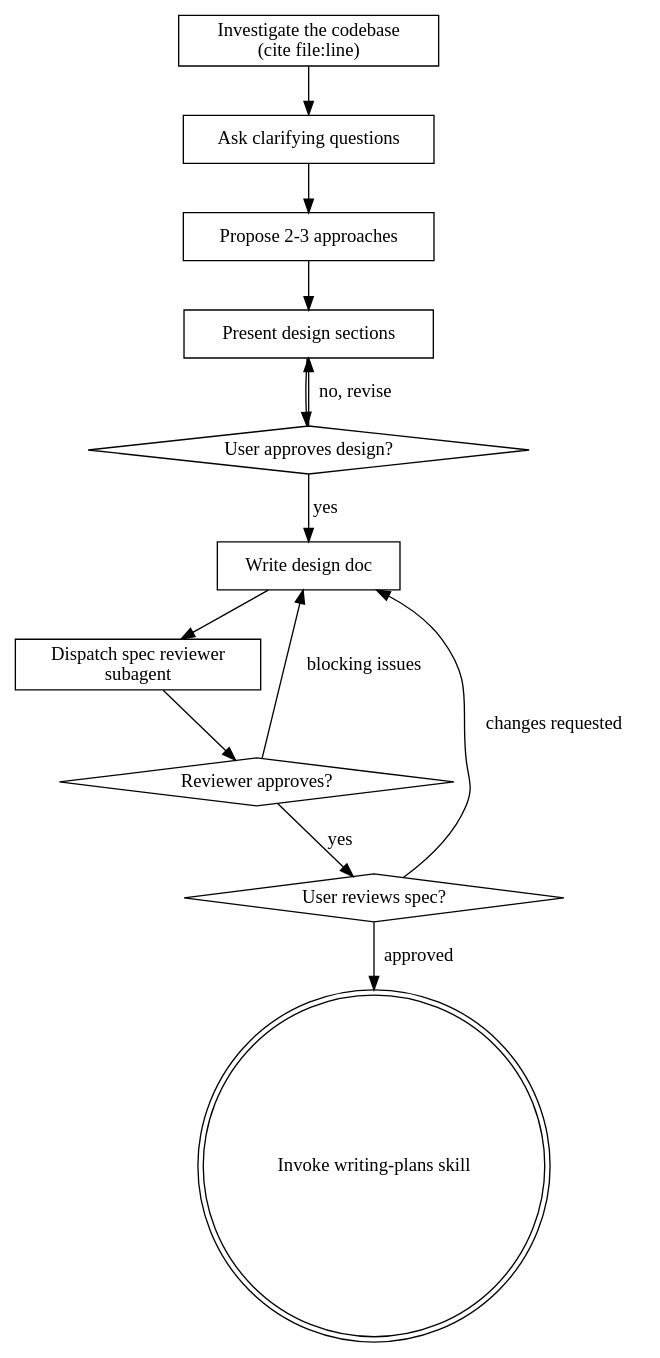
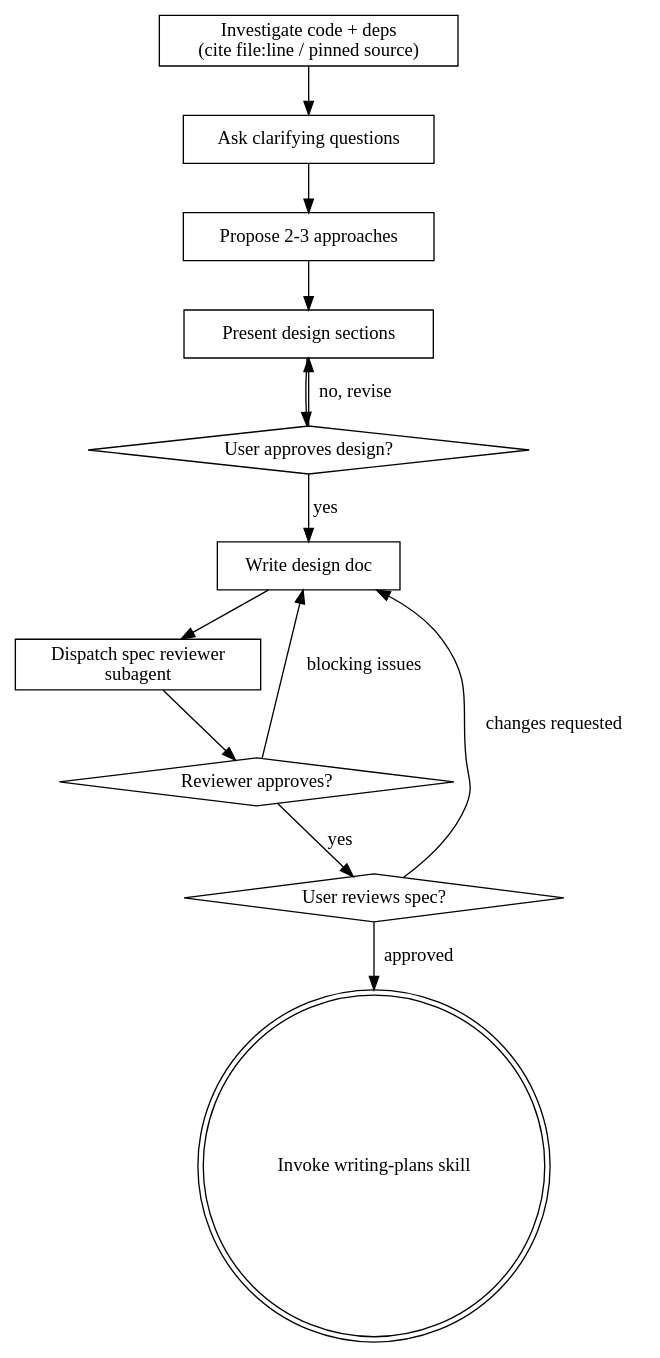
Before and after one commit to rodrigopaitach/superpowersplus: the diagram in skills/brainstorming/SKILL.md, drawn with Graphviz. The commit also changed other lines of this file and 2 other files, not shown here.

````diff
--- a/skills/brainstorming/SKILL.md
+++ b/skills/brainstorming/SKILL.md
@@ -36,27 +36,27 @@
 ```dot
 digraph brainstorming {
-    "Investigate the codebase\n(cite file:line)" [shape=box];
+    "Investigate code + deps\n(cite file:line / pinned source)" [shape=box];
     "Ask clarifying questions" [shape=box];
     "Propose 2-3 approaches" [shape=box];
     "Present design sections" [shape=box];
     "User approves design?" [shape=diamond];
     "Write design doc" [shape=box];
     "Dispatch spec reviewer\nsubagent" [shape=box];
     "Reviewer approves?" [shape=diamond];
     "User reviews spec?" [shape=diamond];
     "Invoke writing-plans skill" [shape=doublecircle];
 
-    "Investigate the codebase\n(cite file:line)" -> "Ask clarifying questions";
+    "Investigate code + deps\n(cite file:line / pinned source)" -> "Ask clarifying questions";
     "Ask clarifying questions" -> "Propose 2-3 approaches";
     "Propose 2-3 approaches" -> "Present design sections";
     "Present design sections" -> "User approves design?";
     "User approves design?" -> "Present design sections" [label="no, revise"];
     "User approves design?" -> "Write design doc" [label="yes"];
     "Write design doc" -> "Dispatch spec reviewer\nsubagent";
     "Dispatch spec reviewer\nsubagent" -> "Reviewer approves?";
     "Reviewer approves?" -> "Write design doc" [label="blocking issues"];
     "Reviewer approves?" -> "User reviews spec?" [label="yes"];
     "User reviews spec?" -> "Write design doc" [label="changes requested"];
     "User reviews spec?" -> "Invoke writing-plans skill" [label="approved"];
 }
 ```
````
